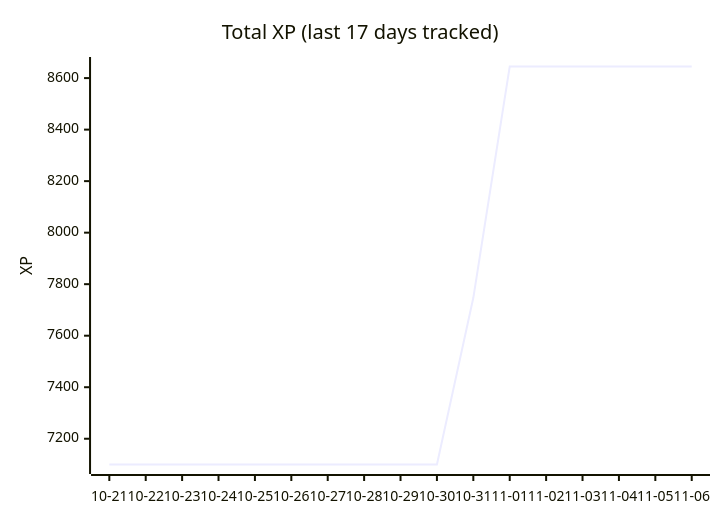
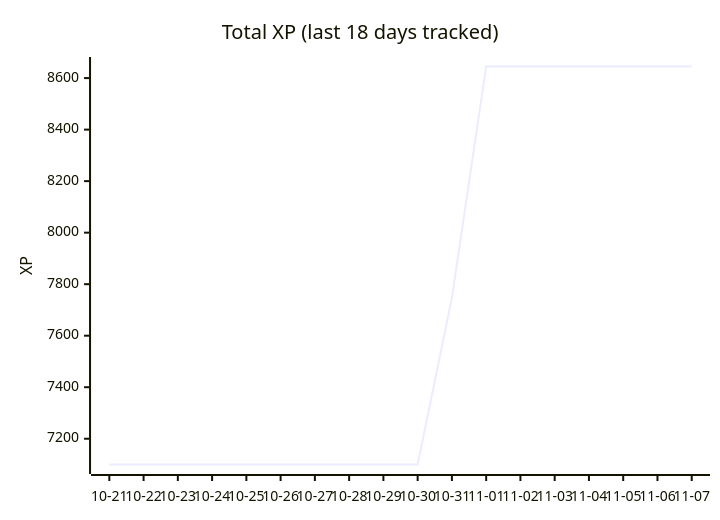
Before and after one commit to ASR222/bootdev-progress: the diagram in README.md, drawn with Mermaid. The commit also changed other lines of this file and 1 other file, not shown here.

Commit message:
Boot.dev progress: 2026-11-06

````diff
--- a/README.md
+++ b/README.md
@@ -14,7 +14,7 @@
 ```mermaid
 xychart-beta
-    title "Total XP (last 17 days tracked)"
-    x-axis ["10-21", "10-22", "10-23", "10-24", "10-25", "10-26", "10-27", "10-28", "10-29", "10-30", "10-31", "11-01", "11-02", "11-03", "11-04", "11-05", "11-06"]
+    title "Total XP (last 18 days tracked)"
+    x-axis ["10-21", "10-22", "10-23", "10-24", "10-25", "10-26", "10-27", "10-28", "10-29", "10-30", "10-31", "11-01", "11-02", "11-03", "11-04", "11-05", "11-06", "11-07"]
     y-axis "XP"
-    line [7100, 7100, 7100, 7100, 7100, 7100, 7100, 7100, 7100, 7100, 7747, 8645, 8645, 8645, 8645, 8645, 8645]
+    line [7100, 7100, 7100, 7100, 7100, 7100, 7100, 7100, 7100, 7100, 7747, 8645, 8645, 8645, 8645, 8645, 8645, 8645]
 ```
````
